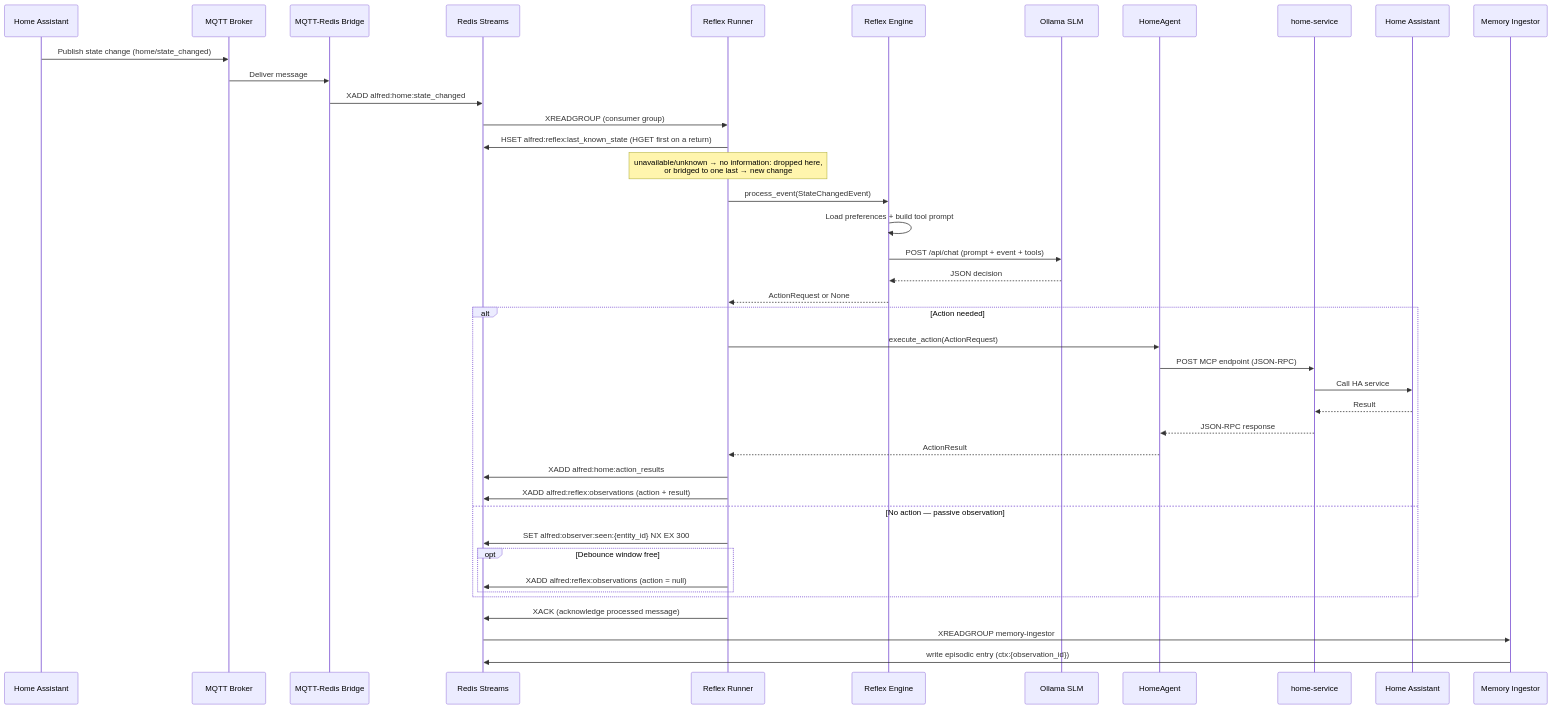
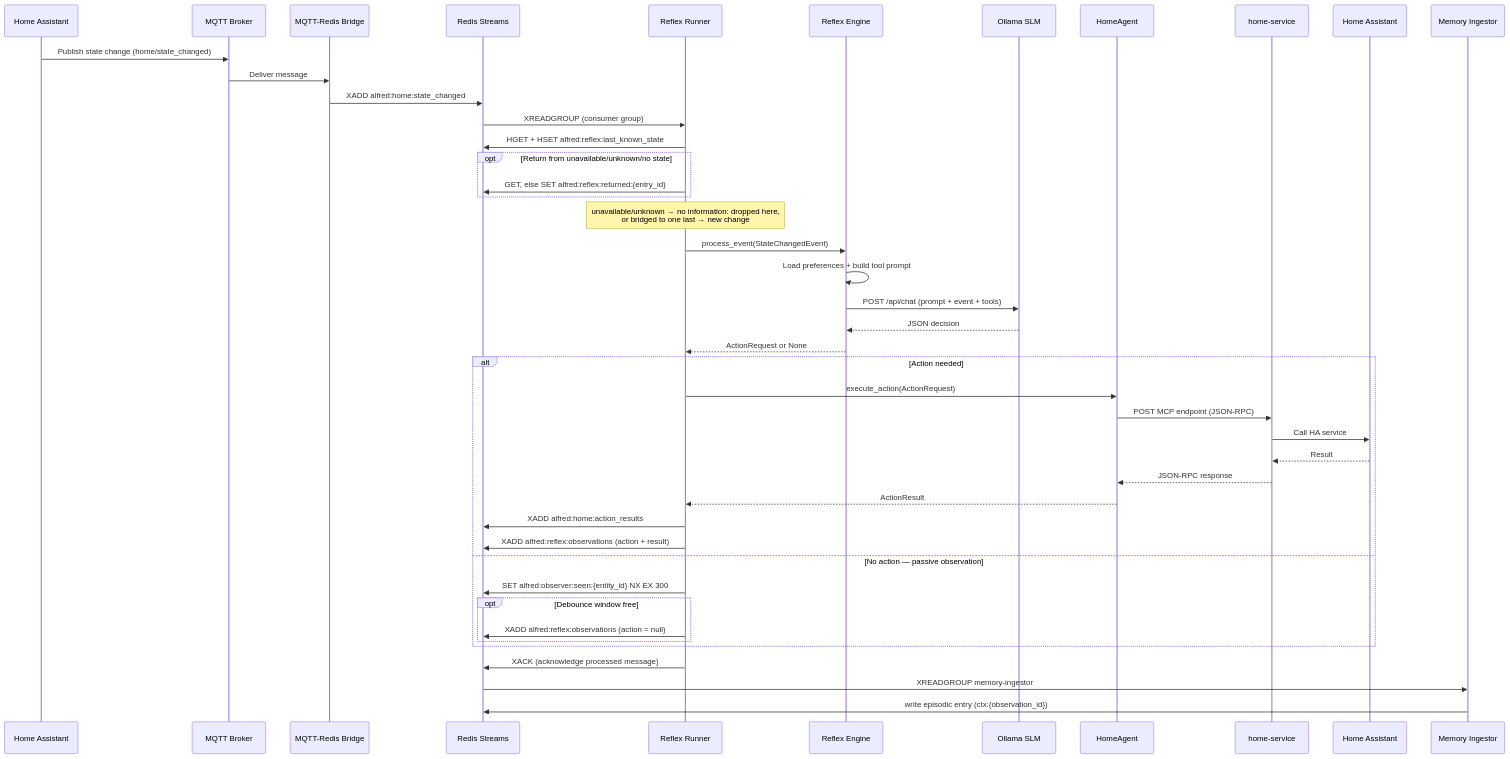
The second of 5 diagrams in docs/architecture.md (anirudhlath/alfred), drawn with Mermaid before and after one commit. The commit also changed other lines of this file and 10 other files, not shown here.

First line of the commit message:
fix(reflex): key availability replays on the stream entry ID

````diff
--- a/docs/architecture.md
+++ b/docs/architecture.md
@@ -68,44 +68,47 @@
 ```mermaid
 sequenceDiagram
     participant HA as Home Assistant
     participant MQTT as MQTT Broker
     participant Bridge as MQTT-Redis Bridge
     participant Redis as Redis Streams
     participant Runner as Reflex Runner
     participant Engine as Reflex Engine
     participant Ollama as Ollama SLM
     participant Agent as HomeAgent
     participant Svc as home-service
     participant HA2 as Home Assistant
     participant Ing as Memory Ingestor
 
     HA->>MQTT: Publish state change (home/state_changed)
     MQTT->>Bridge: Deliver message
     Bridge->>Redis: XADD alfred:home:state_changed
     Redis->>Runner: XREADGROUP (consumer group)
-    Runner->>Redis: HSET alfred:reflex:last_known_state (HGET first on a return)
+    Runner->>Redis: HGET + HSET alfred:reflex:last_known_state
+    opt Return from unavailable/unknown/no state
+        Runner->>Redis: GET, else SET alfred:reflex:returned:{entry_id}
+    end
     Note over Runner: unavailable/unknown → no information: dropped here,<br/>or bridged to one last → new change
     Runner->>Engine: process_event(StateChangedEvent)
     Engine->>Engine: Load preferences + build tool prompt
     Engine->>Ollama: POST /api/chat (prompt + event + tools)
     Ollama-->>Engine: JSON decision
     Engine-->>Runner: ActionRequest or None
     alt Action needed
         Runner->>Agent: execute_action(ActionRequest)
         Agent->>Svc: POST MCP endpoint (JSON-RPC)
         Svc->>HA2: Call HA service
         HA2-->>Svc: Result
         Svc-->>Agent: JSON-RPC response
         Agent-->>Runner: ActionResult
         Runner->>Redis: XADD alfred:home:action_results
         Runner->>Redis: XADD alfred:reflex:observations (action + result)
     else No action — passive observation
         Runner->>Redis: SET alfred:observer:seen:{entity_id} NX EX 300
         opt Debounce window free
             Runner->>Redis: XADD alfred:reflex:observations (action = null)
         end
     end
     Runner->>Redis: XACK (acknowledge processed message)
     Redis->>Ing: XREADGROUP memory-ingestor
     Ing->>Redis: write episodic entry (ctx:{observation_id})
 ```
````
